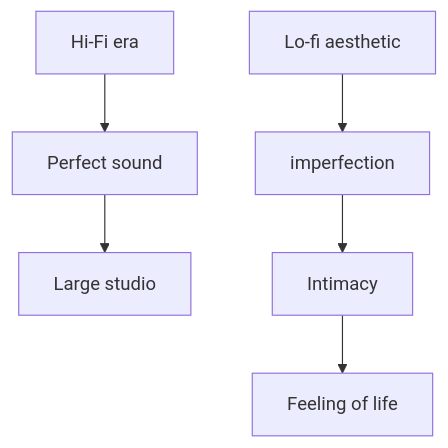
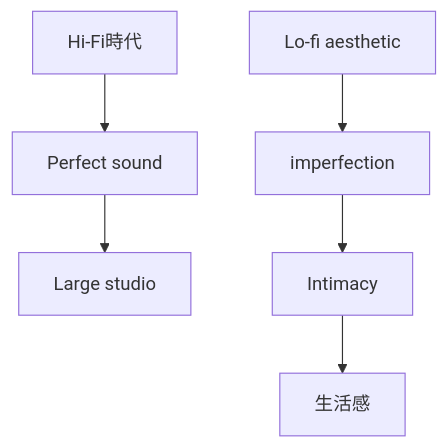
Before and after one commit to monumental-movement/monumental-movement.github.io: the tenth of 17 diagrams in en/_posts/2026-05-24-column-k-pop-indie-electronica.md, drawn with Mermaid. The commit also changed other lines of this file and 2196 other files, not shown here.

```diff
--- a/en/_posts/2026-05-24-column-k-pop-indie-electronica.md
+++ b/en/_posts/2026-05-24-column-k-pop-indie-electronica.md
@@ -341,9 +341,9 @@
 <div class="mermaid">
 graph TD
-A["Hi-Fi era"] --> B["Perfect sound"]
+A["Hi-Fi時代"] --> B["Perfect sound"]
 B --> C["Large studio"]
 
 D["Lo-fi aesthetic"] --> E["imperfection"]
 E --> F["Intimacy"]
-F --> G["Feeling of life"]
+F --> G["生活感"]
 </div>
```
